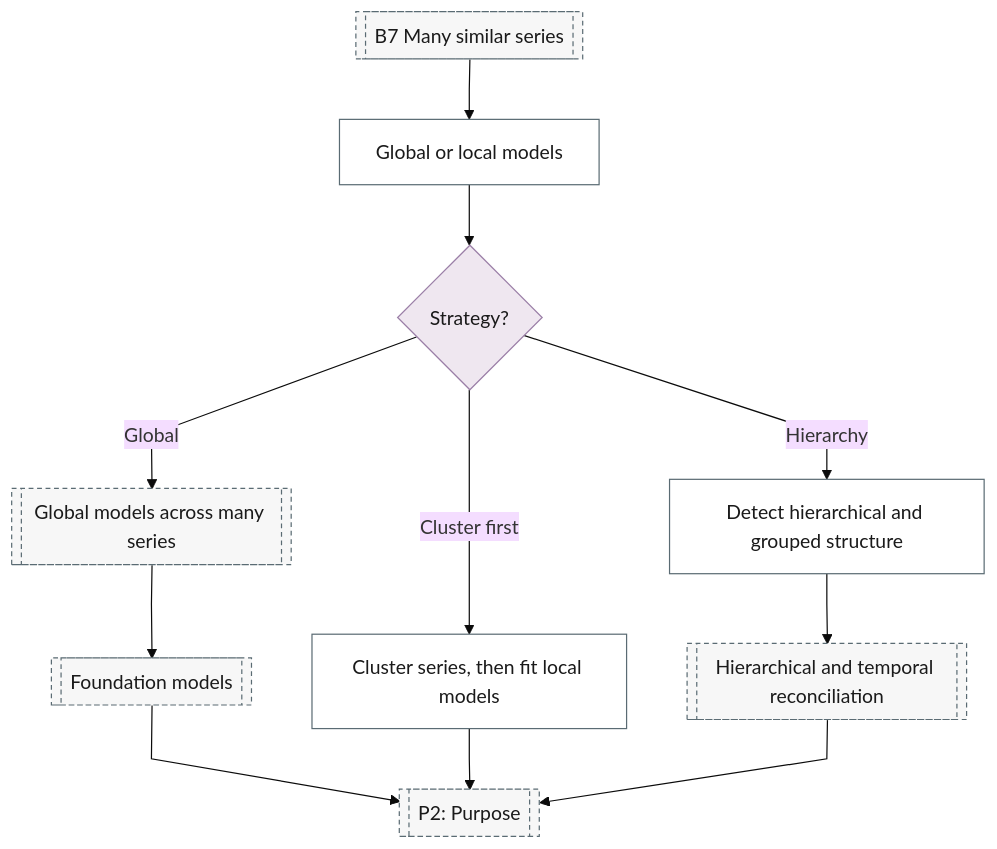
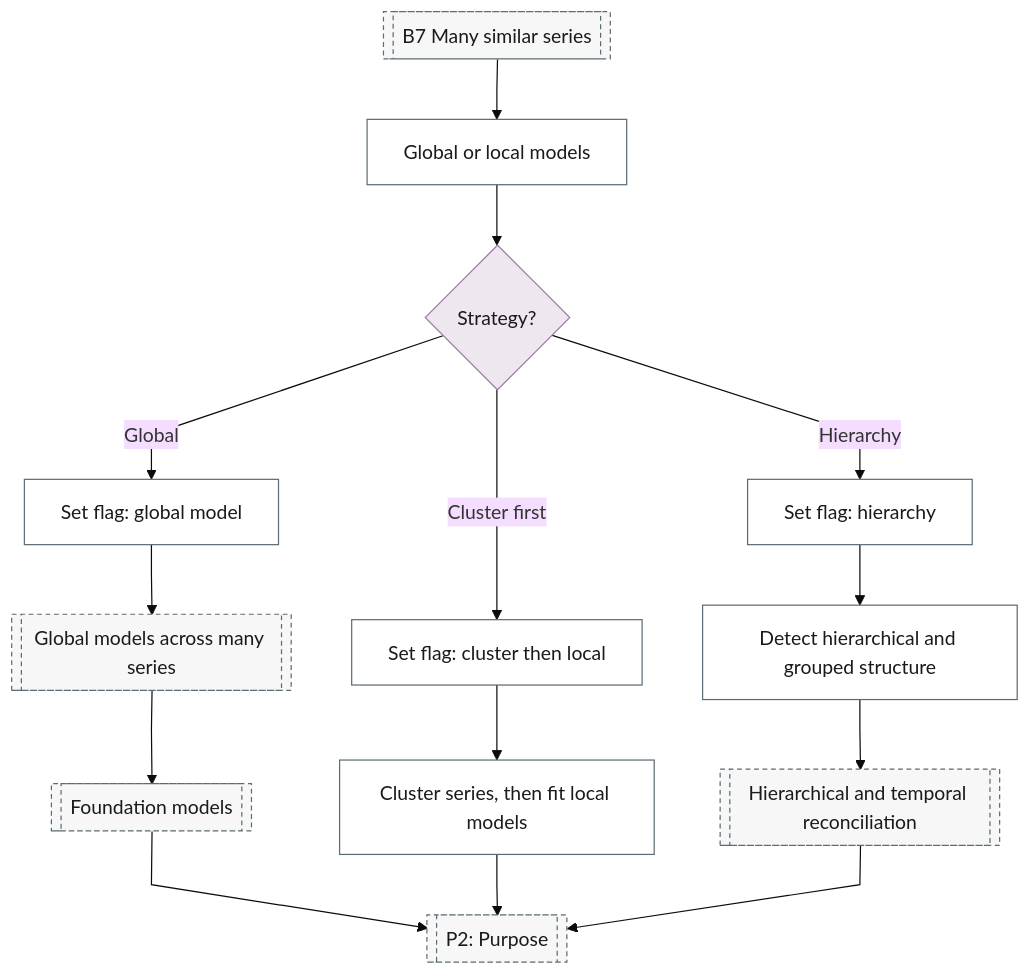
One commit to Shuxin-Y/time-series-analysis-manual changed the second of 2 diagrams in docs/01-workflow/p01-data-type-gate.md. Above: the diagram before and after it, drawn with Mermaid (base theme). The commit also changed other lines of this file and 9 other files, not shown here.

First line of the commit message:
fix(flowchart): decision logic is total and flags are a real contract

````diff
--- a/docs/01-workflow/p01-data-type-gate.md
+++ b/docs/01-workflow/p01-data-type-gate.md
@@ -76,23 +75,26 @@
 ```mermaid
 %%{init: {"flowchart": {"curve": "linear"}}}%%
 graph TD
     B7[["B7 Many similar series"]] --> B7_GLOBAL_VS_LOCAL["Global or local models"]
     B7_GLOBAL_VS_LOCAL --> B7_STRATEGY{"Strategy?"}
-    B7_STRATEGY -->|"Global"| P6_GLOBAL_MODELS[["Global models across many series"]]
-    B7_STRATEGY -->|"Cluster first"| B7_CLUSTER_THEN_LOCAL["Cluster series, then fit local models"]
-    B7_STRATEGY -->|"Hierarchy"| B7_HIERARCHY["Detect hierarchical and grouped structure"]
+    B7_STRATEGY -->|"Global"| P1_GLOBAL_FLAG["Set flag: global model"]
+    B7_STRATEGY -->|"Cluster first"| B7_CLUSTER_FLAG["Set flag: cluster then local"]
+    B7_STRATEGY -->|"Hierarchy"| B7_HIERARCHY_FLAG["Set flag: hierarchy"]
+    P1_GLOBAL_FLAG --> P6_GLOBAL_MODELS[["Global models across many series"]]
     P6_GLOBAL_MODELS --> P6_FOUNDATION_MODELS[["Foundation models"]]
+    B7_CLUSTER_FLAG --> B7_CLUSTER_THEN_LOCAL["Cluster series, then fit local models"]
+    B7_HIERARCHY_FLAG --> B7_HIERARCHY["Detect hierarchical and grouped structure"]
     B7_HIERARCHY --> P10_RECONCILIATION[["Hierarchical and temporal reconciliation"]]
     P6_FOUNDATION_MODELS & B7_CLUSTER_THEN_LOCAL & P10_RECONCILIATION --> P2[["P2: Purpose"]]
     class B7_STRATEGY decision
-    class B7_GLOBAL_VS_LOCAL,B7_CLUSTER_THEN_LOCAL,B7_HIERARCHY process
+    class B7_GLOBAL_VS_LOCAL,P1_GLOBAL_FLAG,B7_CLUSTER_FLAG,B7_HIERARCHY_FLAG,B7_CLUSTER_THEN_LOCAL,B7_HIERARCHY process
     class B7,P6_GLOBAL_MODELS,P6_FOUNDATION_MODELS,P10_RECONCILIATION,P2 ref
     classDef terminator fill:#E6F2F7,stroke:#007BA7,color:#1A1A1A;
     classDef process fill:#FFFFFF,stroke:#5A6B73,color:#1A1A1A;
     classDef decision fill:#EFE7F0,stroke:#9B7FA7,color:#1A1A1A;
     classDef data fill:#FFF4E0,stroke:#C9A55E,color:#1A1A1A;
     classDef good fill:#DCEFD8,stroke:#4A7A3F,color:#1A1A1A;
     classDef escalate fill:#FFE9C2,stroke:#C9A55E,color:#1A1A1A;
     classDef problem fill:#F2D9DE,stroke:#800020,color:#1A1A1A;
     classDef ref fill:#F7F7F7,stroke:#5A6B73,color:#1A1A1A,stroke-dasharray:4 3;
 ```
````
